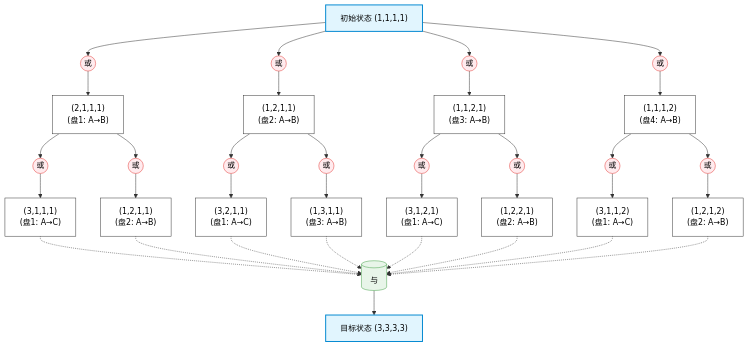
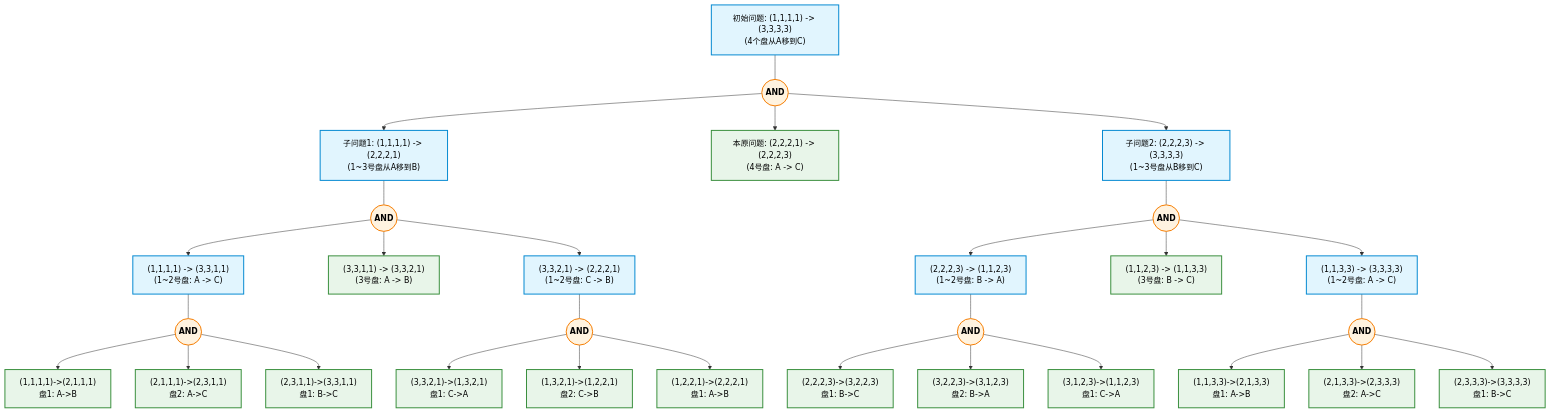
Before and after one commit to nihao3394/AI_basic_knowledge: the first of 3 diagrams in 人工智能导论平时题/第四次练习（1）.md, drawn with Mermaid. The commit also changed other lines of this file and 20 other files, not shown here.

````diff
--- a/人工智能导论平时题/第四次练习（1）.md
+++ b/人工智能导论平时题/第四次练习（1）.md
@@ -86,63 +86,72 @@
 ```mermaid
-%%{init: {'theme':'base', 'themeVariables': {'primaryTextColor':'#000000', 'secondaryTextColor':'#000000', 'tertiaryTextColor':'#000000', 'textColor':'#000000', 'lineColor':'#333333', 'edgeLabelBackground':'#ffffff'}}}%%
 graph TD
-    S["初始状态 (1,1,1,1)"] --> O1(("或"))
-    S --> O2(("或"))
-    S --> O3(("或"))
-    S --> O4(("或"))
+    %% 样式定义
+    classDef problem fill:#e1f5fe,stroke:#0288d1,stroke-width:2px,color:#000
+    classDef andNode fill:#fff3e0,stroke:#f57c00,stroke-width:2px,color:#000,font-weight:bold
+    classDef leafNode fill:#e8f5e9,stroke:#388e3c,stroke-width:2px,color:#000
 
-    O1 --> N1["(2,1,1,1)<br/>(盘1: A→B)"]
-    O2 --> N2["(1,2,1,1)<br/>(盘2: A→B)"]
-    O3 --> N3["(1,1,2,1)<br/>(盘3: A→B)"]
-    O4 --> N4["(1,1,1,2)<br/>(盘4: A→B)"]
+    %% 根节点：整体目标
+    Root["初始问题: (1,1,1,1) -> (3,3,3,3)\n(4个盘从A移到C)"]:::problem
+    AND0((AND)):::andNode
+    Root --- AND0
 
-    N1 --> O11(("或"))
-    N1 --> O12(("或"))
-    O11 --> N11["(3,1,1,1)<br/>(盘1: A→C)"]
-    O12 --> N12["(1,2,1,1)<br/>(盘2: A→B)"]
+    %% 第一层分解（4盘归约）
+    P1["子问题1: (1,1,1,1) -> (2,2,2,1)\n(1~3号盘从A移到B)"]:::problem
+    P2["本原问题: (2,2,2,1) -> (2,2,2,3)\n(4号盘: A -> C)"]:::leafNode
+    P3["子问题2: (2,2,2,3) -> (3,3,3,3)\n(1~3号盘从B移到C)"]:::problem
 
-    N2 --> O21(("或"))
-    N2 --> O22(("或"))
-    O21 --> N21["(3,2,1,1)<br/>(盘1: A→C)"]
-    O22 --> N22["(1,3,1,1)<br/>(盘3: A→B)"]
+    AND0 --> P1
+    AND0 --> P2
+    AND0 --> P3
 
-    N3 --> O31(("或"))
-    N3 --> O32(("或"))
-    O31 --> N31["(3,1,2,1)<br/>(盘1: A→C)"]
-    O32 --> N32["(1,2,2,1)<br/>(盘2: A→B)"]
+    %% 第二层分解：P1（3盘归约：A->B）
+    AND1((AND)):::andNode
+    P1 --- AND1
+    P1_1["(1,1,1,1) -> (3,3,1,1)\n(1~2号盘: A -> C)"]:::problem
+    P1_2["(3,3,1,1) -> (3,3,2,1)\n(3号盘: A -> B)"]:::leafNode
+    P1_3["(3,3,2,1) -> (2,2,2,1)\n(1~2号盘: C -> B)"]:::problem
 
-    N4 --> O41(("或"))
-    N4 --> O42(("或"))
-    O41 --> N41["(3,1,1,2)<br/>(盘1: A→C)"]
-    O42 --> N42["(1,2,1,2)<br/>(盘2: A→B)"]
+    AND1 --> P1_1
+    AND1 --> P1_2
+    AND1 --> P1_3
 
-    N11 -.-> A1[("&nbsp;&nbsp;与&nbsp;&nbsp;")]
-    N12 -.-> A1
-    N21 -.-> A1
-    N22 -.-> A1
-    N31 -.-> A1
-    N32 -.-> A1
-    N41 -.-> A1
-    N42 -.-> A1
+    %% 第二层分解：P3（3盘归约：B->C）
+    AND2((AND)):::andNode
+    P3 --- AND2
+    P3_1["(2,2,2,3) -> (1,1,2,3)\n(1~2号盘: B -> A)"]:::problem
+    P3_2["(1,1,2,3) -> (1,1,3,3)\n(3号盘: B -> C)"]:::leafNode
+    P3_3["(1,1,3,3) -> (3,3,3,3)\n(1~2号盘: A -> C)"]:::problem
 
-    A1 --> G["目标状态 (3,3,3,3)"]
+    AND2 --> P3_1
+    AND2 --> P3_2
+    AND2 --> P3_3
 
-    style S fill:#e1f5fe,color:#000000,stroke:#0288d1,stroke-width:2px
-    style G fill:#e1f5fe,color:#000000,stroke:#0288d1,stroke-width:2px
-    style O1 fill:#ffebee,color:#000000,stroke:#e53935
-    style O2 fill:#ffebee,color:#000000,stroke:#e53935
-    style O3 fill:#ffebee,color:#000000,stroke:#e53935
-    style O4 fill:#ffebee,color:#000000,stroke:#e53935
-    style O11 fill:#ffebee,color:#000000,stroke:#e53935
-    style O12 fill:#ffebee,color:#000000,stroke:#e53935
-    style O21 fill:#ffebee,color:#000000,stroke:#e53935
-    style O22 fill:#ffebee,color:#000000,stroke:#e53935
-    style O31 fill:#ffebee,color:#000000,stroke:#e53935
-    style O32 fill:#ffebee,color:#000000,stroke:#e53935
-    style O41 fill:#ffebee,color:#000000,stroke:#e53935
-    style O42 fill:#ffebee,color:#000000,stroke:#e53935
-    style A1 fill:#e8f5e9,color:#000000,stroke:#43a047
+    %% 第三层分解：4个2盘归约子问题展开为本原操作
+    %% 分支 P1_1
+    AND1_1((AND)):::andNode
+    P1_1 --- AND1_1
+    AND1_1 --> L1["(1,1,1,1)->(2,1,1,1)\n盘1: A->B"]:::leafNode
+    AND1_1 --> L2["(2,1,1,1)->(2,3,1,1)\n盘2: A->C"]:::leafNode
+    AND1_1 --> L3["(2,3,1,1)->(3,3,1,1)\n盘1: B->C"]:::leafNode
 
-    classDef default fill:#ffffff,color:#000000,stroke:#333333,stroke-width:1px;
-    linkStyle default stroke:#333333,stroke-width:1px;
+    %% 分支 P1_3
+    AND1_3((AND)):::andNode
+    P1_3 --- AND1_3
+    AND1_3 --> L4["(3,3,2,1)->(1,3,2,1)\n盘1: C->A"]:::leafNode
+    AND1_3 --> L5["(1,3,2,1)->(1,2,2,1)\n盘2: C->B"]:::leafNode
+    AND1_3 --> L6["(1,2,2,1)->(2,2,2,1)\n盘1: A->B"]:::leafNode
+
+    %% 分支 P3_1
+    AND3_1((AND)):::andNode
+    P3_1 --- AND3_1
+    AND3_1 --> L7["(2,2,2,3)->(3,2,2,3)\n盘1: B->C"]:::leafNode
+    AND3_1 --> L8["(3,2,2,3)->(3,1,2,3)\n盘2: B->A"]:::leafNode
+    AND3_1 --> L9["(3,1,2,3)->(1,1,2,3)\n盘1: C->A"]:::leafNode
+
+    %% 分支 P3_3
+    AND3_3((AND)):::andNode
+    P3_3 --- AND3_3
+    AND3_3 --> L10["(1,1,3,3)->(2,1,3,3)\n盘1: A->B"]:::leafNode
+    AND3_3 --> L11["(2,1,3,3)->(2,3,3,3)\n盘2: A->C"]:::leafNode
+    AND3_3 --> L12["(2,3,3,3)->(3,3,3,3)\n盘1: B->C"]:::leafNode
 ```
````
